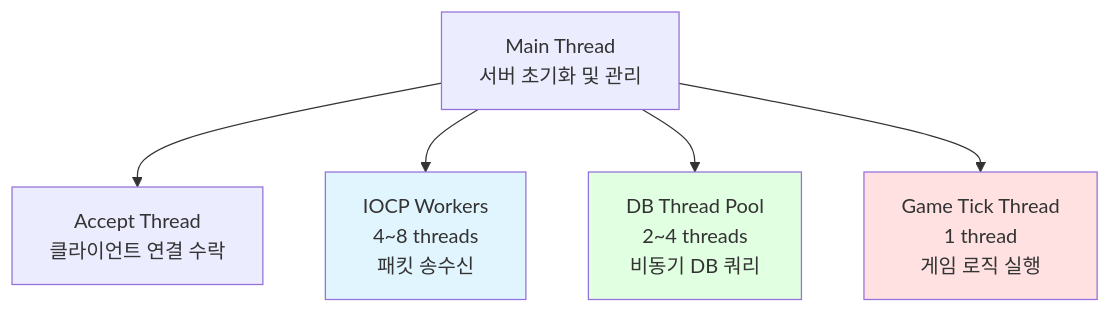
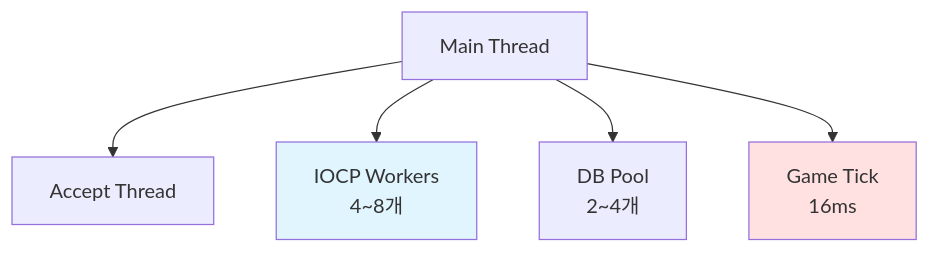
Before and after one commit to wlsqc123/IOCPFramework: the second of 4 diagrams in server_design/server_design3/p1_core_architecture.md, drawn with Mermaid. The commit also changed other lines of this file, not shown here.

First line of the commit message:
Update p1_core_architecture.md

````diff
--- a/server_design/server_design3/p1_core_architecture.md
+++ b/server_design/server_design3/p1_core_architecture.md
@@ -63,11 +40,10 @@
 ```mermaid
 graph TB
-    Main[Main Thread<br/>서버 초기화 및 관리] --> Accept[Accept Thread<br/>클라이언트 연결 수락]
-    Main --> IOCP[IOCP Workers<br/>4~8 threads<br/>패킷 송수신]
-    Main --> DB[DB Thread Pool<br/>2~4 threads<br/>비동기 DB 쿼리]
-    Main --> Game[Game Tick Thread<br/>1 thread<br/>게임 로직 실행]
+    Main[Main Thread] --> Accept[Accept Thread]
+    Main --> IOCP[IOCP Workers<br/>4~8개]
+    Main --> DB[DB Pool<br/>2~4개]
+    Main --> Game[Game Tick<br/>16ms]
     
     style IOCP fill:#e1f5ff
     style Game fill:#ffe1e1
-    style DB fill:#e1ffe1
 ```
````
